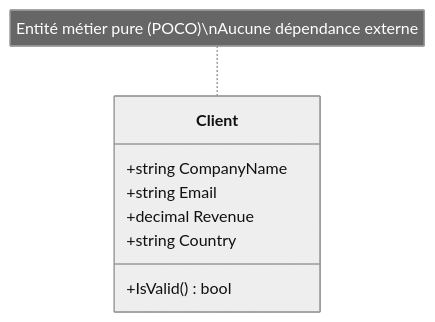
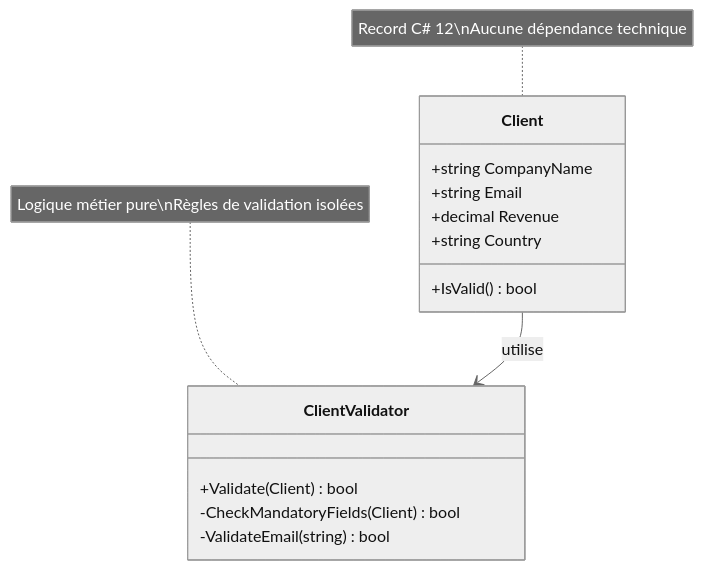
Before and after one commit to mounirelouali/net-mod-legacy-formation: the second of 2 diagrams in Solutions_Web_Reference/Solution_13h30_Migration_Domain.md, drawn with Mermaid (neutral theme). The commit also changed other lines of this file, not shown here.

Commit message:
Docs: Enrichissement Solution 13h30 avec contexte et diagrammes AS-IS vs TO-BE

````diff
--- a/Solutions_Web_Reference/Solution_13h30_Migration_Domain.md
+++ b/Solutions_Web_Reference/Solution_13h30_Migration_Domain.md
@@ -11,11 +59,21 @@
 ```mermaid
 classDiagram
     class Client {
         +string CompanyName
         +string Email
         +decimal Revenue
         +string Country
         +IsValid() bool
     }
-    note for Client "Entité métier pure (POCO)\nAucune dépendance externe"
+    
+    class ClientValidator {
+        +Validate(Client) bool
+        -CheckMandatoryFields(Client) bool
+        -ValidateEmail(string) bool
+    }
+    
+    Client --> ClientValidator : utilise
+    
+    note for Client "Record C# 12\nAucune dépendance technique"
+    note for ClientValidator "Logique métier pure\nRègles de validation isolées"
 ```
````
